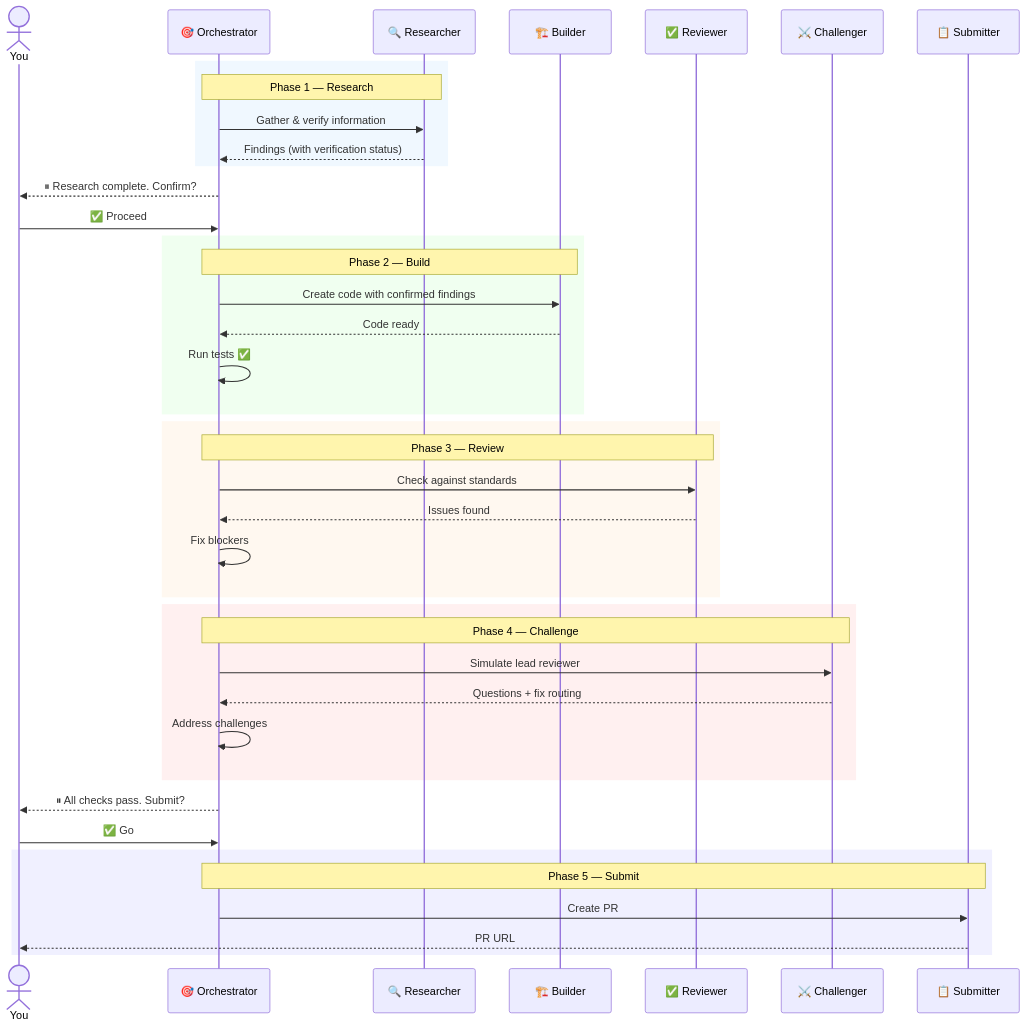
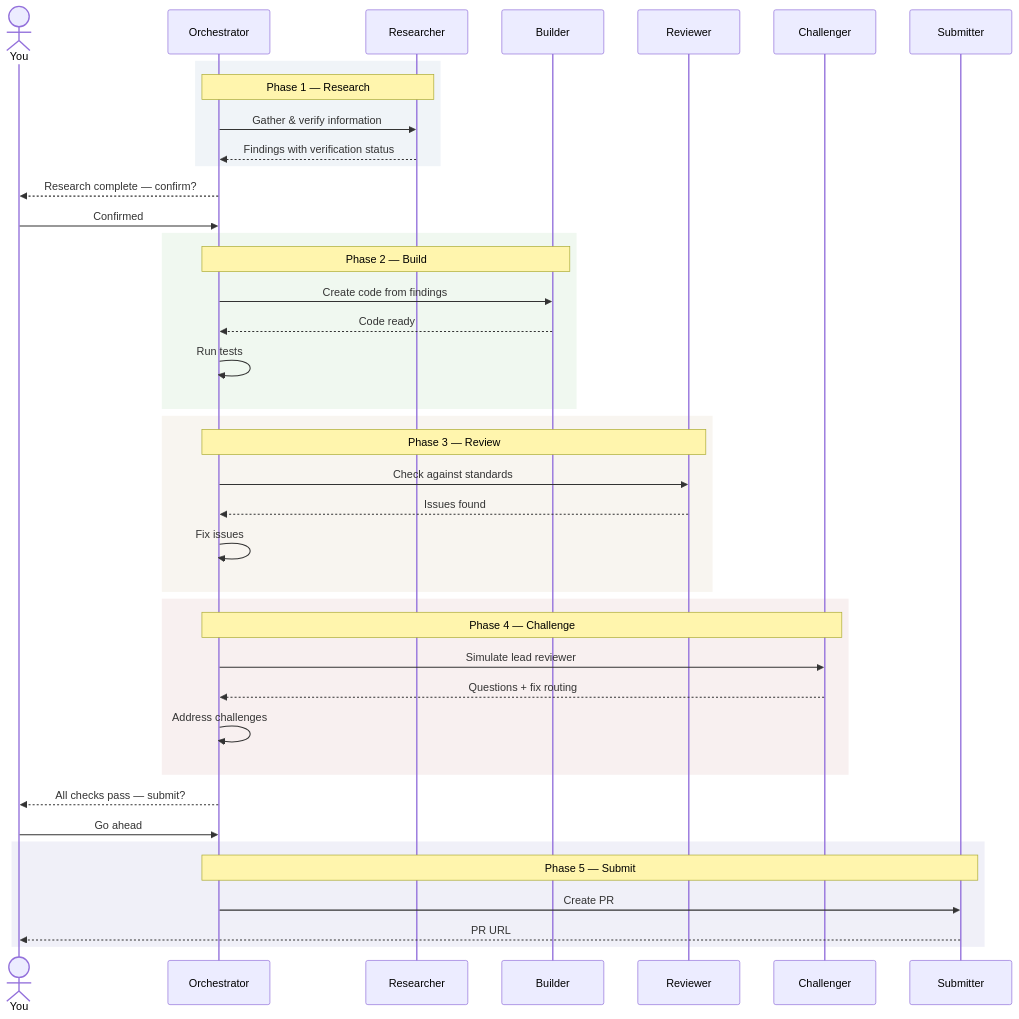
One commit to pablocaeg/claude-forge changed the third of 3 diagrams in README.md. Above: the diagram before and after it, drawn with Mermaid. The commit also changed other lines of this file, not shown here.

Commit message:
Clean up diagrams: consistent colors, remove emojis, professional styling

````diff
--- a/README.md
+++ b/README.md
@@ -184,49 +177,49 @@
 ```mermaid
 sequenceDiagram
     actor You
-    participant O as 🎯 Orchestrator
-    participant R as 🔍 Researcher
-    participant B as 🏗️ Builder
-    participant V as ✅ Reviewer
-    participant C as ⚔️ Challenger
-    participant S as 📋 Submitter
+    participant O as Orchestrator
+    participant R as Researcher
+    participant B as Builder
+    participant V as Reviewer
+    participant C as Challenger
+    participant S as Submitter
 
-    rect rgb(240, 248, 255)
+    rect rgb(240, 244, 248)
         Note over O,R: Phase 1 — Research
         O->>R: Gather & verify information
-        R-->>O: Findings (with verification status)
+        R-->>O: Findings with verification status
     end
 
-    O-->>You: ⏸ Research complete. Confirm?
-    You->>O: ✅ Proceed
+    O-->>You: Research complete — confirm?
+    You->>O: Confirmed
 
-    rect rgb(240, 255, 240)
+    rect rgb(240, 248, 240)
         Note over O,B: Phase 2 — Build
-        O->>B: Create code with confirmed findings
+        O->>B: Create code from findings
         B-->>O: Code ready
-        O->>O: Run tests ✅
+        O->>O: Run tests
     end
 
-    rect rgb(255, 248, 240)
+    rect rgb(248, 245, 240)
         Note over O,V: Phase 3 — Review
         O->>V: Check against standards
         V-->>O: Issues found
-        O->>O: Fix blockers
+        O->>O: Fix issues
     end
 
-    rect rgb(255, 240, 240)
+    rect rgb(248, 240, 240)
         Note over O,C: Phase 4 — Challenge
         O->>C: Simulate lead reviewer
         C-->>O: Questions + fix routing
         O->>O: Address challenges
     end
 
-    O-->>You: ⏸ All checks pass. Submit?
-    You->>O: ✅ Go
+    O-->>You: All checks pass — submit?
+    You->>O: Go ahead
 
-    rect rgb(240, 240, 255)
+    rect rgb(240, 240, 248)
         Note over O,S: Phase 5 — Submit
         O->>S: Create PR
         S-->>You: PR URL
     end
 ```
````
